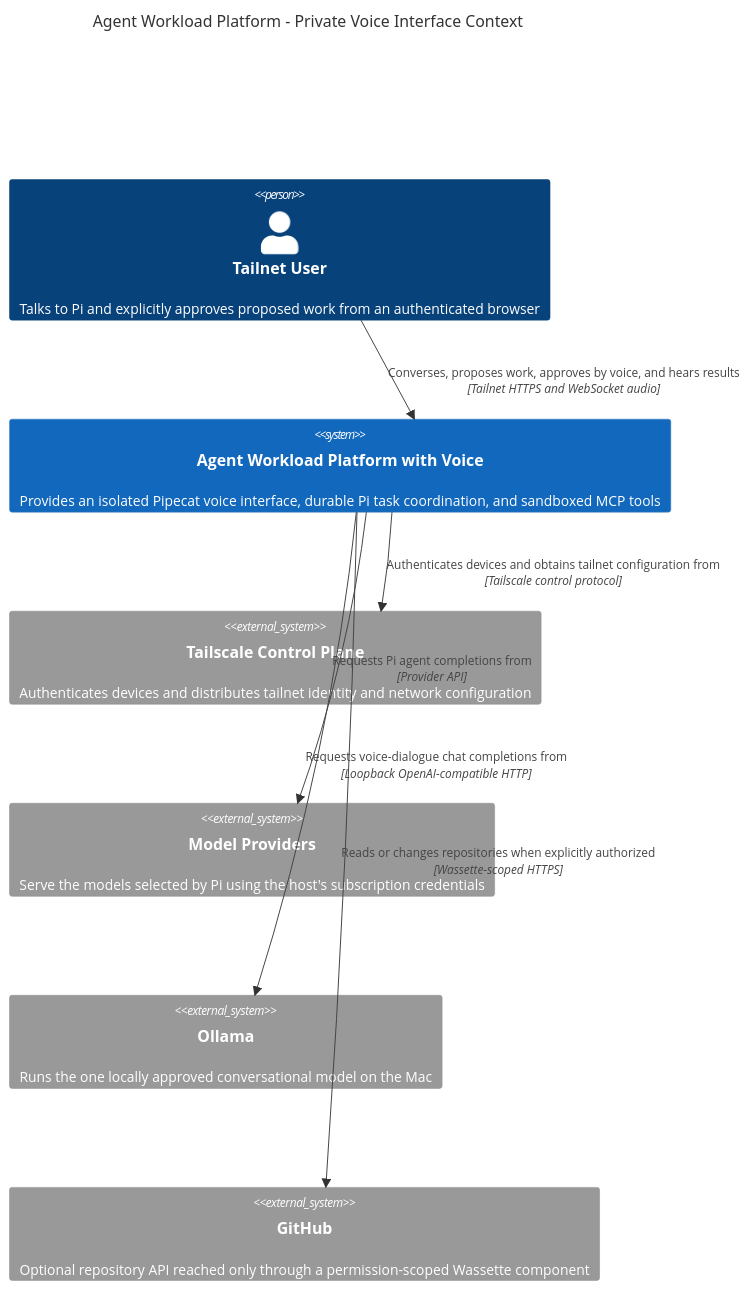
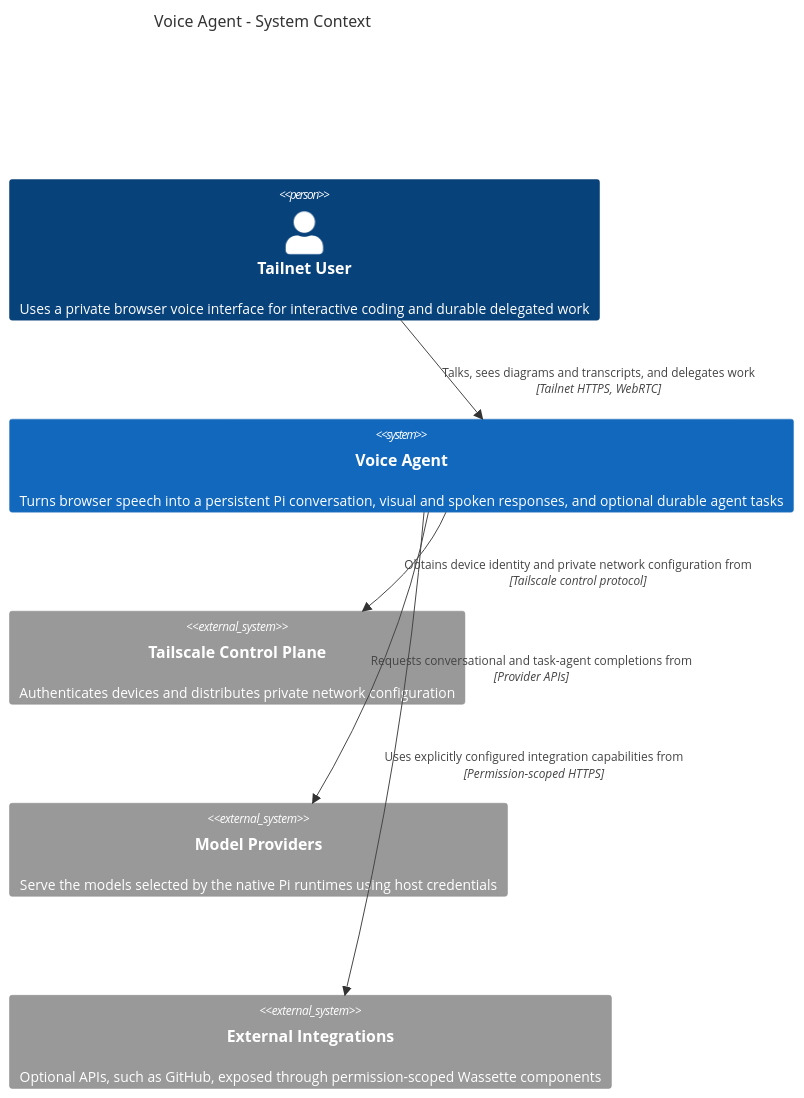
The diagram in products/voice-agent/docs/architecture/c1-system-context.mmd (ragavsathish/agent-workload-platform), drawn with Mermaid before and after one commit. The commit also changed 19 other files, not shown here.

Commit message:
feat(voice-agent): add context controls and align architecture

```diff
--- a/products/voice-agent/docs/architecture/c1-system-context.mmd
+++ b/products/voice-agent/docs/architecture/c1-system-context.mmd
@@ -1,17 +1,15 @@
 C4Context
-title Agent Workload Platform - Private Voice Interface Context
+title Voice Agent - System Context
 
-Person(user, "Tailnet User", "Talks to Pi and explicitly approves proposed work from an authenticated browser")
+Person(user, "Tailnet User", "Uses a private browser voice interface for interactive coding and durable delegated work")
 
-System(platform, "Agent Workload Platform with Voice", "Provides an isolated Pipecat voice interface, durable Pi task coordination, and sandboxed MCP tools")
+System(voice_agent, "Voice Agent", "Turns browser speech into a persistent Pi conversation, visual and spoken responses, and optional durable agent tasks")
 
-System_Ext(tailscale, "Tailscale Control Plane", "Authenticates devices and distributes tailnet identity and network configuration")
-System_Ext(models, "Model Providers", "Serve the models selected by Pi using the host's subscription credentials")
-System_Ext(ollama, "Ollama", "Runs the one locally approved conversational model on the Mac")
-System_Ext(github, "GitHub", "Optional repository API reached only through a permission-scoped Wassette component")
+System_Ext(tailscale, "Tailscale Control Plane", "Authenticates devices and distributes private network configuration")
+System_Ext(models, "Model Providers", "Serve the models selected by the native Pi runtimes using host credentials")
+System_Ext(integrations, "External Integrations", "Optional APIs, such as GitHub, exposed through permission-scoped Wassette components")
 
-Rel(user, platform, "Converses, proposes work, approves by voice, and hears results", "Tailnet HTTPS and WebSocket audio")
-Rel(platform, tailscale, "Authenticates devices and obtains tailnet configuration from", "Tailscale control protocol")
-Rel(platform, ollama, "Requests voice-dialogue chat completions from", "Loopback OpenAI-compatible HTTP")
-Rel(platform, models, "Requests Pi agent completions from", "Provider API")
-Rel(platform, github, "Reads or changes repositories when explicitly authorized", "Wassette-scoped HTTPS")
+Rel_D(user, voice_agent, "Talks, sees diagrams and transcripts, and delegates work", "Tailnet HTTPS, WebRTC")
+Rel_R(voice_agent, tailscale, "Obtains device identity and private network configuration from", "Tailscale control protocol")
+Rel_R(voice_agent, models, "Requests conversational and task-agent completions from", "Provider APIs")
+Rel_R(voice_agent, integrations, "Uses explicitly configured integration capabilities from", "Permission-scoped HTTPS")
```
